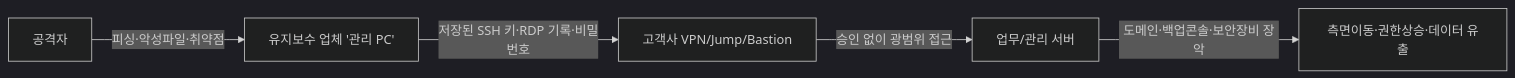
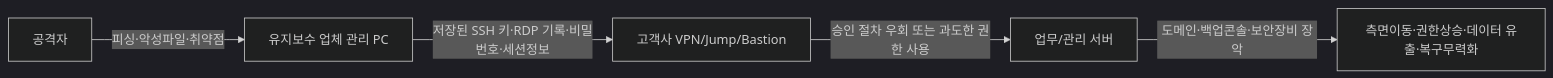
Before and after one commit to qubitsec/blog: the diagram in content/ko/column/vendor_remote_access.md, drawn with Mermaid (dark theme). The commit also changed other lines of this file, not shown here.

````diff
--- a/content/ko/column/vendor_remote_access.md
+++ b/content/ko/column/vendor_remote_access.md
@@ -31,7 +42,7 @@
 ```mermaid
 flowchart LR
-  A[공격자] -->|피싱·악성파일·취약점| B[유지보수 업체 '관리 PC']
-  B -->|저장된 SSH 키·RDP 기록·비밀번호| C[고객사 VPN/Jump/Bastion]
-  C -->|승인 없이 광범위 접근| D[업무/관리 서버]
-  D -->|도메인·백업콘솔·보안장비 장악| E[측면이동·권한상승·데이터 유출]
+  A[공격자] -->|피싱·악성파일·취약점| B[유지보수 업체 관리 PC]
+  B -->|저장된 SSH 키·RDP 기록·비밀번호·세션정보| C[고객사 VPN/Jump/Bastion]
+  C -->|승인 절차 우회 또는 과도한 권한 사용| D[업무/관리 서버]
+  D -->|도메인·백업콘솔·보안장비 장악| E[측면이동·권한상승·데이터 유출·복구무력화]
 ```
````
